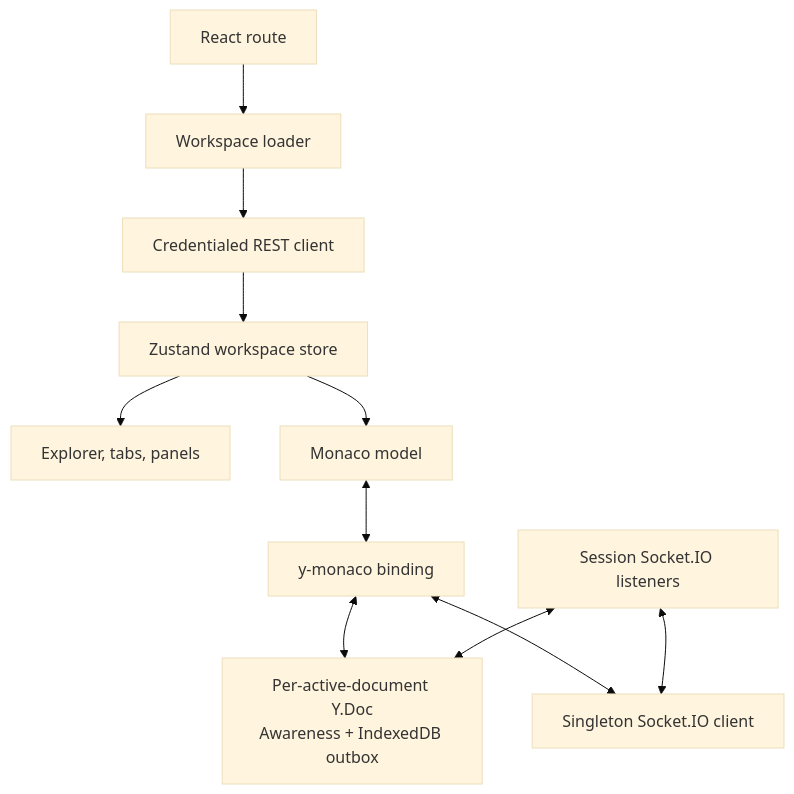
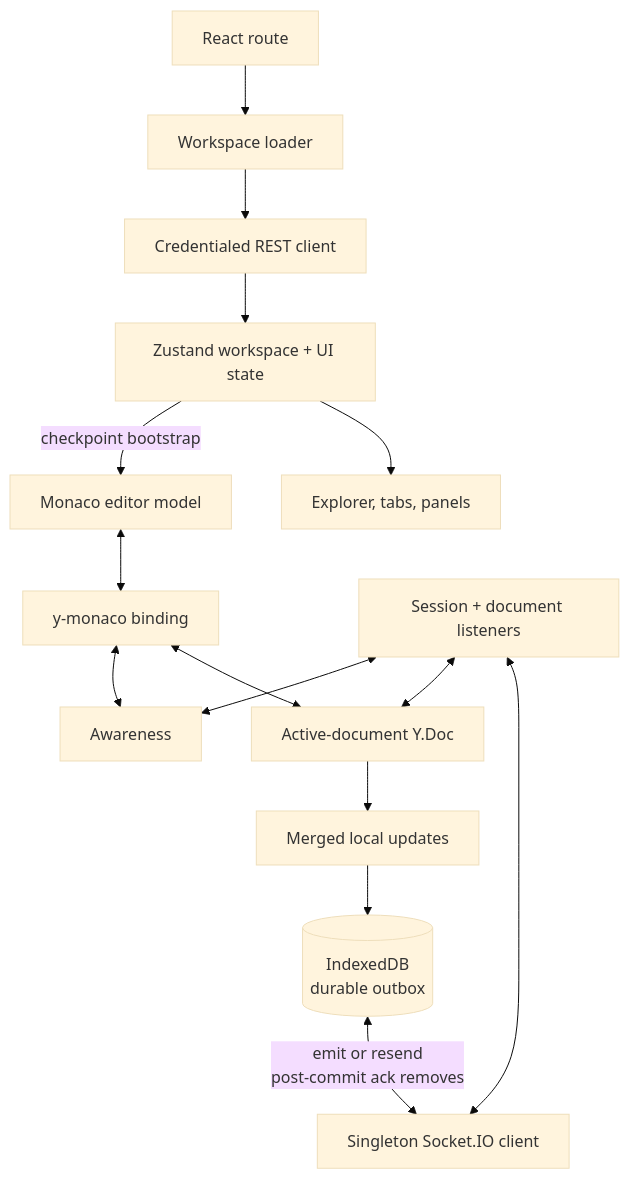
One commit to santinomarial/Meridian changed the diagram in docs/explanation/client-architecture.md. Above: the diagram before and after it, drawn with Mermaid (base theme). The commit also changed 10 other files, not shown here.

Commit message:
Redesign architecture diagrams

````diff
--- a/docs/explanation/client-architecture.md
+++ b/docs/explanation/client-architecture.md
@@ -7,21 +7,25 @@
 ```mermaid
 flowchart TD
-    Route["React route"]
-    Loader["Workspace loader"]
-    REST["Credentialed REST client"]
-    Store["Zustand workspace store"]
+    Route["React route"] --> Loader["Workspace loader"]
+    Loader --> REST["Credentialed REST client"]
+    REST --> Store["Zustand workspace + UI state"]
     UI["Explorer, tabs, panels"]
-    Monaco["Monaco model"]
+    Monaco["Monaco editor model"]
     Binding["y-monaco binding"]
-    YDoc["Per-active-document Y.Doc<br/>Awareness + IndexedDB outbox"]
-    Session["Session Socket.IO listeners"]
+    YDoc["Active-document Y.Doc"]
+    Awareness["Awareness"]
+    Batch["Merged local updates"]
+    Outbox[("IndexedDB<br/>durable outbox")]
+    Listeners["Session + document listeners"]
     Socket["Singleton Socket.IO client"]
 
-    Route --> Loader --> REST --> Store
     Store --> UI
-    Store --> Monaco
+    Store -->|"checkpoint bootstrap"| Monaco
     Monaco <--> Binding <--> YDoc
-    Session <--> YDoc
-    Binding <--> Socket
-    Session <--> Socket
+    Binding <--> Awareness
+    YDoc --> Batch --> Outbox
+    Listeners <--> Socket
+    Listeners <--> YDoc
+    Listeners <--> Awareness
+    Outbox <-->|"emit or resend<br/>post-commit ack removes"| Socket
 ```
````
